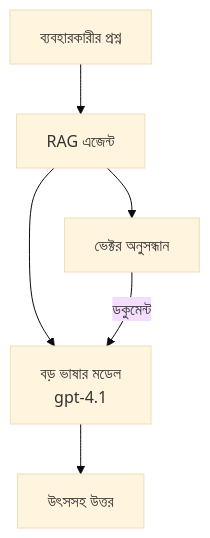
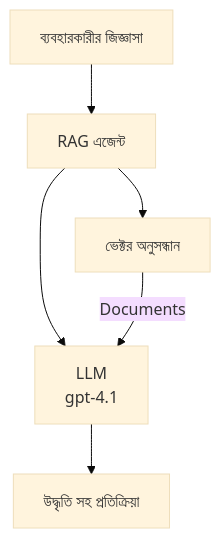
One commit to microsoft/AZD-for-beginners changed the second of 3 diagrams in translations/bn/docs/chapter-02-ai-development/agents.md. Above: the diagram before and after it, drawn with Mermaid (base theme). The commit also changed other lines of this file and 62 other files, not shown here.

````diff
--- a/translations/bn/docs/chapter-02-ai-development/agents.md
+++ b/translations/bn/docs/chapter-02-ai-development/agents.md
@@ -181,8 +181,8 @@
 ```mermaid
 graph TD
-    Query[ব্যবহারকারীর প্রশ্ন] --> RAG[RAG এজেন্ট]
+    Query[ব্যবহারকারীর জিজ্ঞাসা] --> RAG[RAG এজেন্ট]
     RAG --> Vector[ভেক্টর অনুসন্ধান]
-    RAG --> LLM[বড় ভাষার মডেল<br/>gpt-4.1]
-    Vector -- ডকুমেন্ট --> LLM
-    LLM --> Response[উৎসসহ উত্তর]
+    RAG --> LLM[LLM<br/>gpt-4.1]
+    Vector -- Documents --> LLM
+    LLM --> Response[উদ্ধৃতি সহ প্রতিক্রিয়া]
 ```
````
